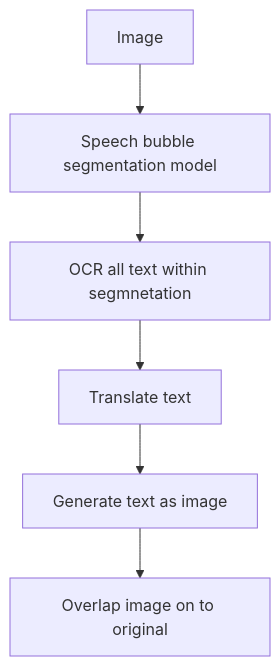
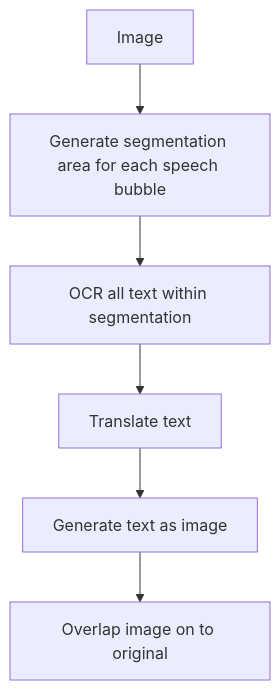
Before and after one commit to AksharDP/manga-translator: the diagram in README.md, drawn with Mermaid.

Commit message:
Fix spelling error

````diff
--- a/README.md
+++ b/README.md
@@ -40,8 +40,8 @@
 ```mermaid
 graph TD;
-    A[Image]-->B[Speech bubble segmentation model];
-    B[Speech bubble segmentation model]-->C[OCR all text within segmnetation];
-    C[OCR all text within segmnetation]-->D[Dranslate text];
+    A[Image]-->B[Generate segmentation area for each speech bubble];
+    B[Generate segmentation area for each speech bubble]-->C[OCR all text within segmentation];
+    C[OCR all text within segmentation]-->D[Translate text];
     D[Translate text]-->E[Generate text as image]
     E[Generate text as image]-->F[Overlap image on to original]
 ```
````
